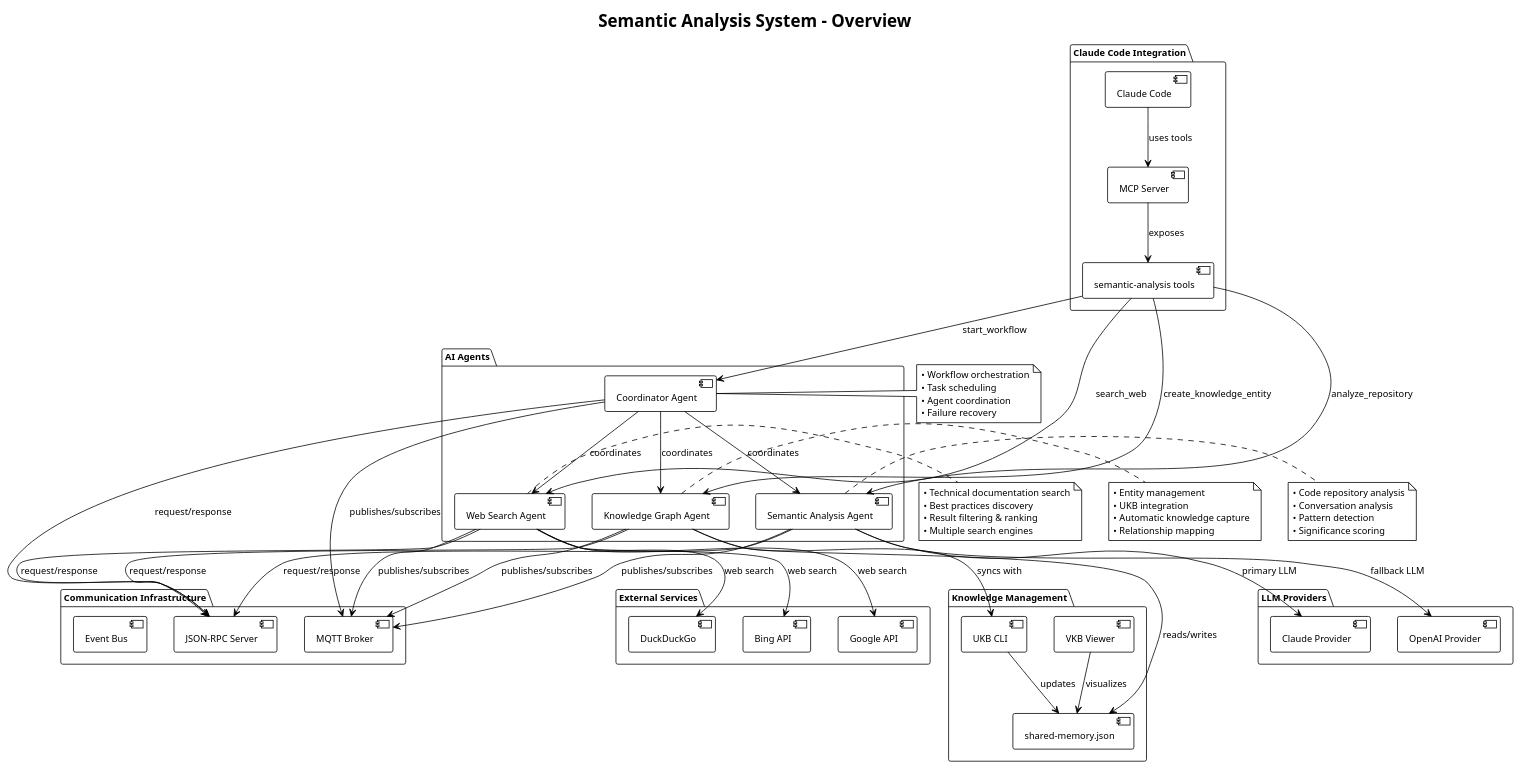
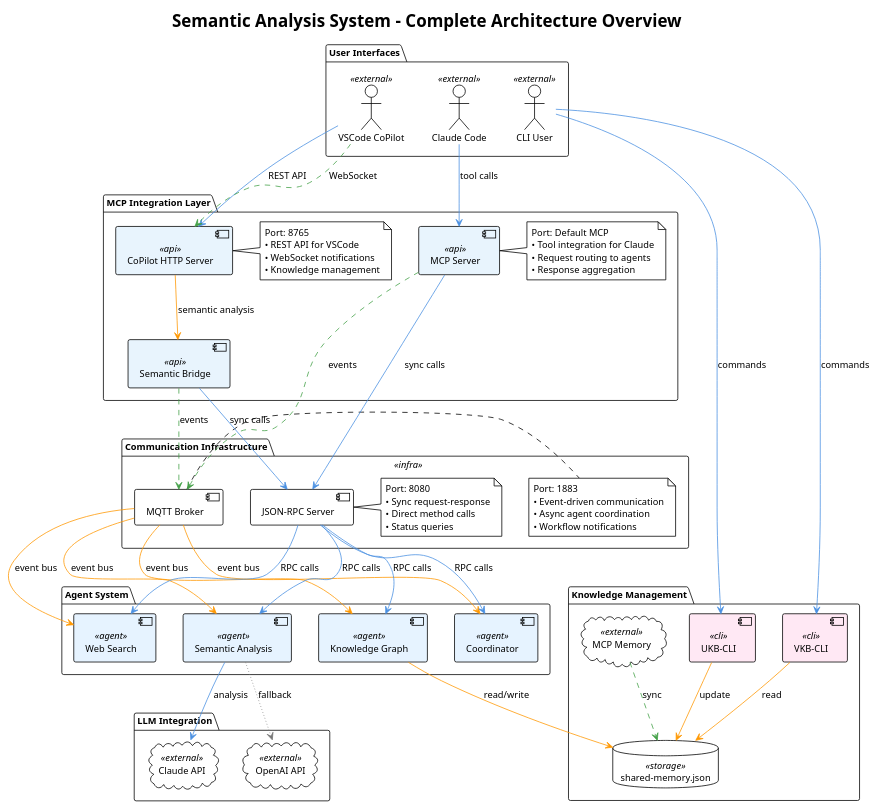
One commit to fwornle/coding changed the diagram in docs/puml/semantic-analysis-system-overview.puml. Above: the diagram before and after it, drawn with PlantUML. The commit also changed 31 other files, not shown here.

```diff
--- a/docs/puml/semantic-analysis-system-overview.puml
+++ b/docs/puml/semantic-analysis-system-overview.puml
@@ -1,112 +1,119 @@
 @startuml semantic-analysis-system-overview
 !theme plain
 skinparam backgroundColor white
 skinparam defaultFontName Arial
 skinparam defaultFontSize 12
 
-title Semantic Analysis System - Overview
+title Semantic Analysis System - Complete Architecture Overview
 
-package "Claude Code Integration" {
-  [Claude Code] as CC
-  [MCP Server] as MCP
-  [semantic-analysis tools] as tools
+skinparam component {
+  BackgroundColor<<api>> #E8F4FD
+  BackgroundColor<<agent>> #E6F3FF
+  BackgroundColor<<infra>> #FFF2E6
+  BackgroundColor<<cli>> #FFE8F4
+  BackgroundColor<<storage>> #FFF9E6
+  BackgroundColor<<external>> #F5F5F5
+  FontSize 12
+  FontColor #000000
 }
 
-package "Communication Infrastructure" {
-  [MQTT Broker] as MQTT
-  [JSON-RPC Server] as RPC
-  [Event Bus] as EventBus
+package "User Interfaces" {
+  actor "Claude Code" as Claude <<external>>
+  actor "VSCode CoPilot" as VSCode <<external>>
+  actor "CLI User" as CLIUser <<external>>
 }
 
-package "AI Agents" {
-  [Semantic Analysis Agent] as SA
-  [Web Search Agent] as WS
-  [Knowledge Graph Agent] as KG
-  [Coordinator Agent] as CA
+package "MCP Integration Layer" {
+  component [MCP Server] as MCP <<api>>
+  component [Semantic Bridge] as Bridge <<api>>
+  component [CoPilot HTTP Server] as HTTP <<api>>
+  
+  note right of MCP
+    Port: Default MCP
+    • Tool integration for Claude
+    • Request routing to agents
+    • Response aggregation
+  end note
+  
+  note right of HTTP
+    Port: 8765
+    • REST API for VSCode
+    • WebSocket notifications
+    • Knowledge management
+  end note
 }
 
-package "LLM Providers" {
-  [Claude Provider] as ClaudeP
-  [OpenAI Provider] as OpenAIP
+package "Communication Infrastructure" <<infra>> {
+  component [MQTT Broker] as MQTT
+  component [JSON-RPC Server] as RPC
+  
+  note right of MQTT
+    Port: 1883
+    • Event-driven communication
+    • Async agent coordination
+    • Workflow notifications
+  end note
+  
+  note right of RPC
+    Port: 8080
+    • Sync request-response
+    • Direct method calls
+    • Status queries
+  end note
+}
+
+package "Agent System" {
+  component [Semantic Analysis] as SemanticAgent <<agent>>
+  component [Web Search] as WebAgent <<agent>>
+  component [Knowledge Graph] as KnowledgeAgent <<agent>>
+  component [Coordinator] as CoordinatorAgent <<agent>>
 }
 
 package "Knowledge Management" {
-  [shared-memory.json] as KB
-  [UKB CLI] as UKB
-  [VKB Viewer] as VKB
+  component [UKB-CLI] as UKB <<cli>>
+  component [VKB-CLI] as VKB <<cli>>
+  database "shared-memory.json" as SharedMemory <<storage>>
+  cloud "MCP Memory" as MCPMemory <<external>>
 }
 
-package "External Services" {
-  [DuckDuckGo] as DDG
-  [Bing API] as Bing
-  [Google API] as Google
+package "LLM Integration" {
+  cloud "Claude API" as ClaudeAPI <<external>>
+  cloud "OpenAI API" as OpenAIAPI <<external>>
 }
 
-' Claude Code connections
-CC --> MCP : "uses tools"
-MCP --> tools : "exposes"
+' User connections
+Claude -[#4A90E2]-> MCP : tool calls
+VSCode -[#4A90E2]-> HTTP : REST API
+VSCode -[#43A047,dashed]-> HTTP : WebSocket
+CLIUser -[#4A90E2]-> UKB : commands
+CLIUser -[#4A90E2]-> VKB : commands
 
-' Agent connections to infrastructure
-SA --> MQTT : "publishes/subscribes"
-WS --> MQTT : "publishes/subscribes"
-KG --> MQTT : "publishes/subscribes"
-CA --> MQTT : "publishes/subscribes"
+' MCP layer connections
+MCP -[#43A047,dashed]-> MQTT : events
+MCP -[#4A90E2]-> RPC : sync calls
+Bridge -[#43A047,dashed]-> MQTT : events
+Bridge -[#4A90E2]-> RPC : sync calls
+HTTP -[#FF9800]-> Bridge : semantic analysis
 
-SA --> RPC : "request/response"
-WS --> RPC : "request/response"
-KG --> RPC : "request/response"
-CA --> RPC : "request/response"
+' Agent connections
+MQTT -[#FF9800]-> SemanticAgent : event bus
+MQTT -[#FF9800]-> WebAgent : event bus
+MQTT -[#FF9800]-> KnowledgeAgent : event bus
+MQTT -[#FF9800]-> CoordinatorAgent : event bus
 
-' Agent capabilities
-SA --> ClaudeP : "primary LLM"
-SA --> OpenAIP : "fallback LLM"
-WS --> DDG : "web search"
-WS --> Bing : "web search"
-WS --> Google : "web search"
-KG --> KB : "reads/writes"
-KG --> UKB : "syncs with"
+RPC -[#4A90E2]-> SemanticAgent : RPC calls
+RPC -[#4A90E2]-> WebAgent : RPC calls
+RPC -[#4A90E2]-> KnowledgeAgent : RPC calls
+RPC -[#4A90E2]-> CoordinatorAgent : RPC calls
 
-' Workflow coordination
-CA --> SA : "coordinates"
-CA --> WS : "coordinates"
-CA --> KG : "coordinates"
+' Knowledge connections
+KnowledgeAgent -[#FF9800]-> SharedMemory : read/write
+UKB -[#FF9800]-> SharedMemory : update
+VKB -[#FF9800]-> SharedMemory : read
+MCPMemory -[#43A047,dashed]-> SharedMemory : sync
 
-' User interfaces
-UKB --> KB : "updates"
-VKB --> KB : "visualizes"
-
-' Tool integration
-tools --> SA : "analyze_repository"
-tools --> WS : "search_web"
-tools --> KG : "create_knowledge_entity"
-tools --> CA : "start_workflow"
-
-note right of SA
-  • Code repository analysis
-  • Conversation analysis
-  • Pattern detection
-  • Significance scoring
-end note
-
-note right of WS
-  • Technical documentation search
-  • Best practices discovery
-  • Result filtering & ranking
-  • Multiple search engines
-end note
-
-note right of KG
-  • Entity management
-  • UKB integration
-  • Automatic knowledge capture
-  • Relationship mapping
-end note
-
-note right of CA
-  • Workflow orchestration
-  • Task scheduling
-  • Agent coordination
-  • Failure recovery
-end note
+' LLM connections
+SemanticAgent -[#4A90E2]-> ClaudeAPI : analysis
+SemanticAgent -[#757575,dotted]-> OpenAIAPI : fallback
 
 @enduml
```
